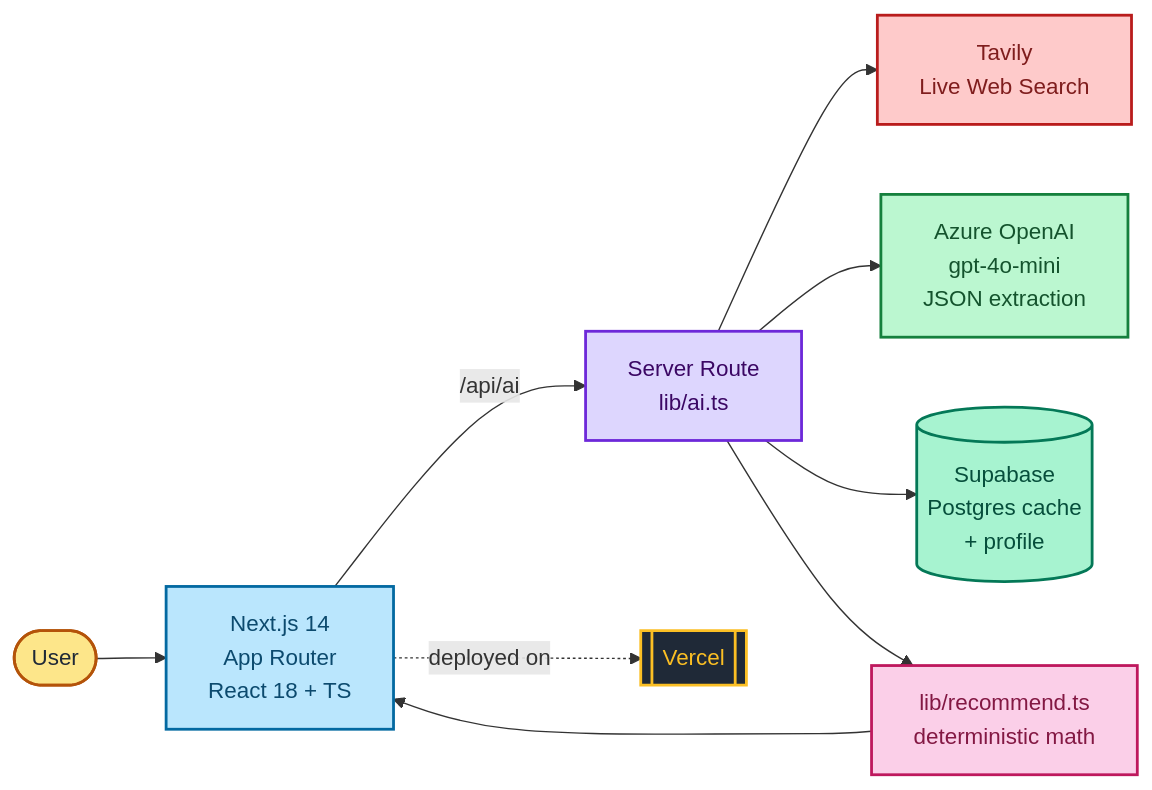
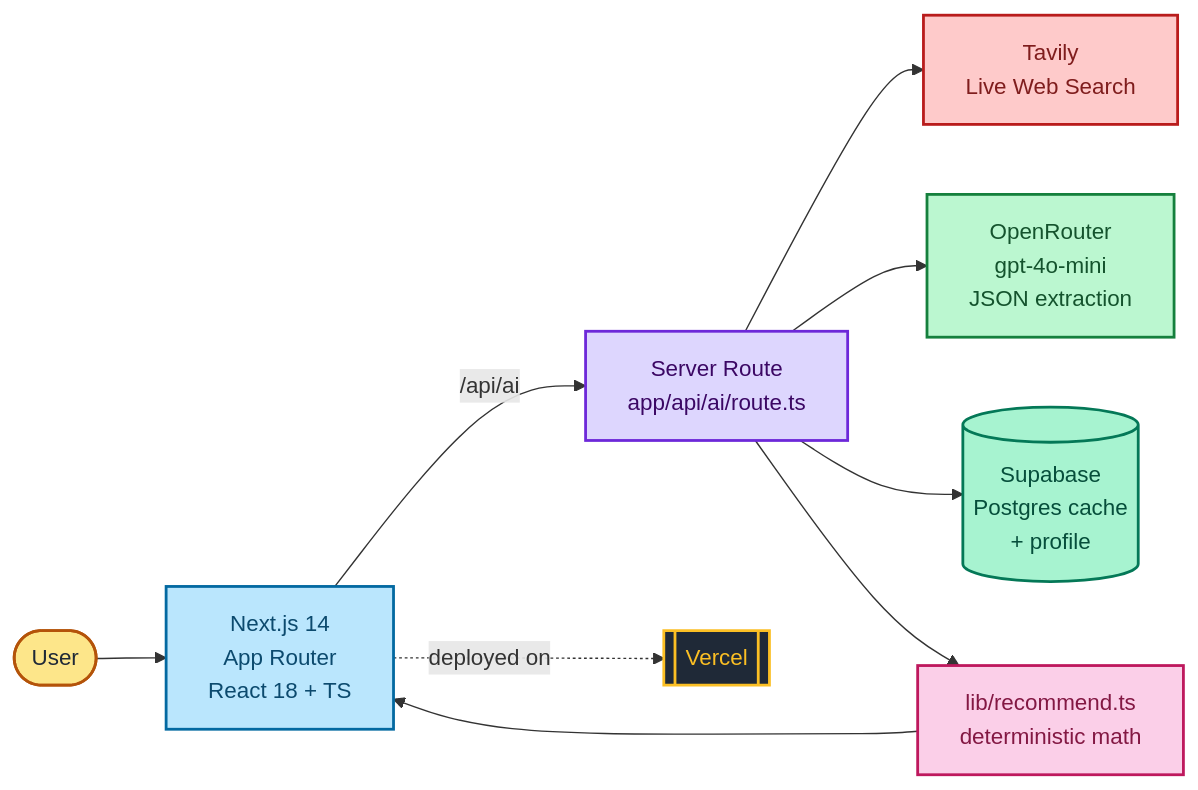
The diagram in README.md (gwaghmar/pointspilot), drawn with Mermaid before and after one commit. The commit also changed other lines of this file and 6 other files, not shown here.

````diff
--- a/README.md
+++ b/README.md
@@ -8,20 +16,20 @@
 ```mermaid
 flowchart LR
     User([User]):::user --> Next[Next.js 14<br/>App Router<br/>React 18 + TS]:::frontend
-    Next -->|/api/ai| API[Server Route<br/>lib/ai.ts]:::api
+    Next -->|/api/ai| API[Server Route<br/>app/api/ai/route.ts]:::api
     API --> Tavily[Tavily<br/>Live Web Search]:::search
-    API --> Azure[Azure OpenAI<br/>gpt-4o-mini<br/>JSON extraction]:::ai
+    API --> LLM[OpenRouter<br/>gpt-4o-mini<br/>JSON extraction]:::ai
     API --> Supa[(Supabase<br/>Postgres cache<br/>+ profile)]:::db
     API --> Rec[lib/recommend.ts<br/>deterministic math]:::logic
     Rec --> Next
     Next -.deployed on.-> Vercel[[Vercel]]:::host
 
     classDef user fill:#fde68a,stroke:#b45309,stroke-width:2px,color:#1f2937
     classDef frontend fill:#bae6fd,stroke:#0369a1,stroke-width:2px,color:#0c4a6e
     classDef api fill:#ddd6fe,stroke:#6d28d9,stroke-width:2px,color:#3b0764
     classDef search fill:#fecaca,stroke:#b91c1c,stroke-width:2px,color:#7f1d1d
     classDef ai fill:#bbf7d0,stroke:#15803d,stroke-width:2px,color:#14532d
     classDef db fill:#a7f3d0,stroke:#047857,stroke-width:2px,color:#064e3b
     classDef logic fill:#fbcfe8,stroke:#be185d,stroke-width:2px,color:#831843
     classDef host fill:#1f2937,stroke:#fbbf24,stroke-width:2px,color:#fbbf24
 ```
````
